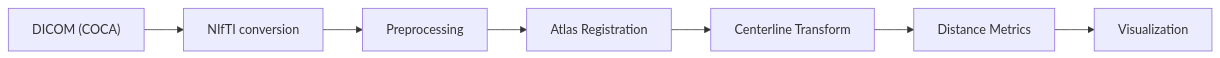
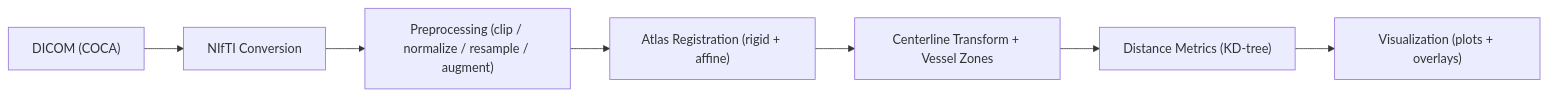
One commit to MalyalaKarthik66/PrediCT changed the first of 2 diagrams in README.md. Above: the diagram before and after it, drawn with Mermaid.

Commit message:
final: stable rigid+affine pipeline, cleaned repo, updated results and README

````diff
--- a/README.md
+++ b/README.md
@@ -19,9 +19,9 @@
 ```mermaid
 flowchart LR
-    A["DICOM (COCA)"] --> B["NIfTI conversion"]
-    B --> C["Preprocessing"]
-    C --> D["Atlas Registration"]
-    D --> E["Centerline Transform"]
-    E --> F["Distance Metrics"]
-    F --> G["Visualization"]
+    A["DICOM (COCA)"] --> B["NIfTI Conversion"]
+    B --> C["Preprocessing (clip / normalize / resample / augment)"]
+    C --> D["Atlas Registration (rigid + affine)"]
+    D --> E["Centerline Transform + Vessel Zones"]
+    E --> F["Distance Metrics (KD-tree)"]
+    F --> G["Visualization (plots + overlays)"]
 ```
````
